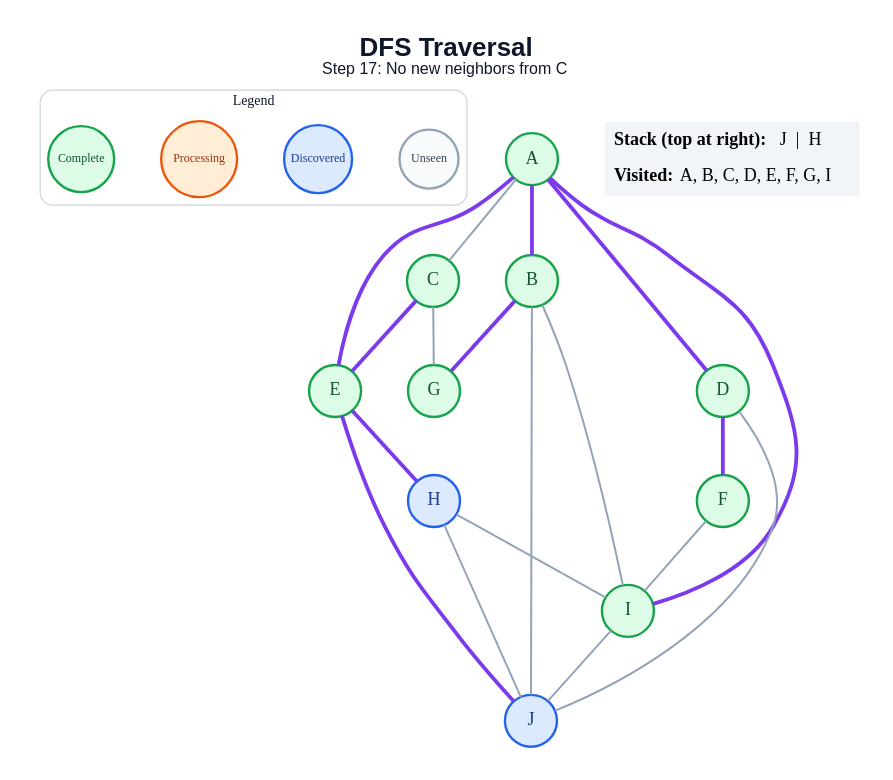
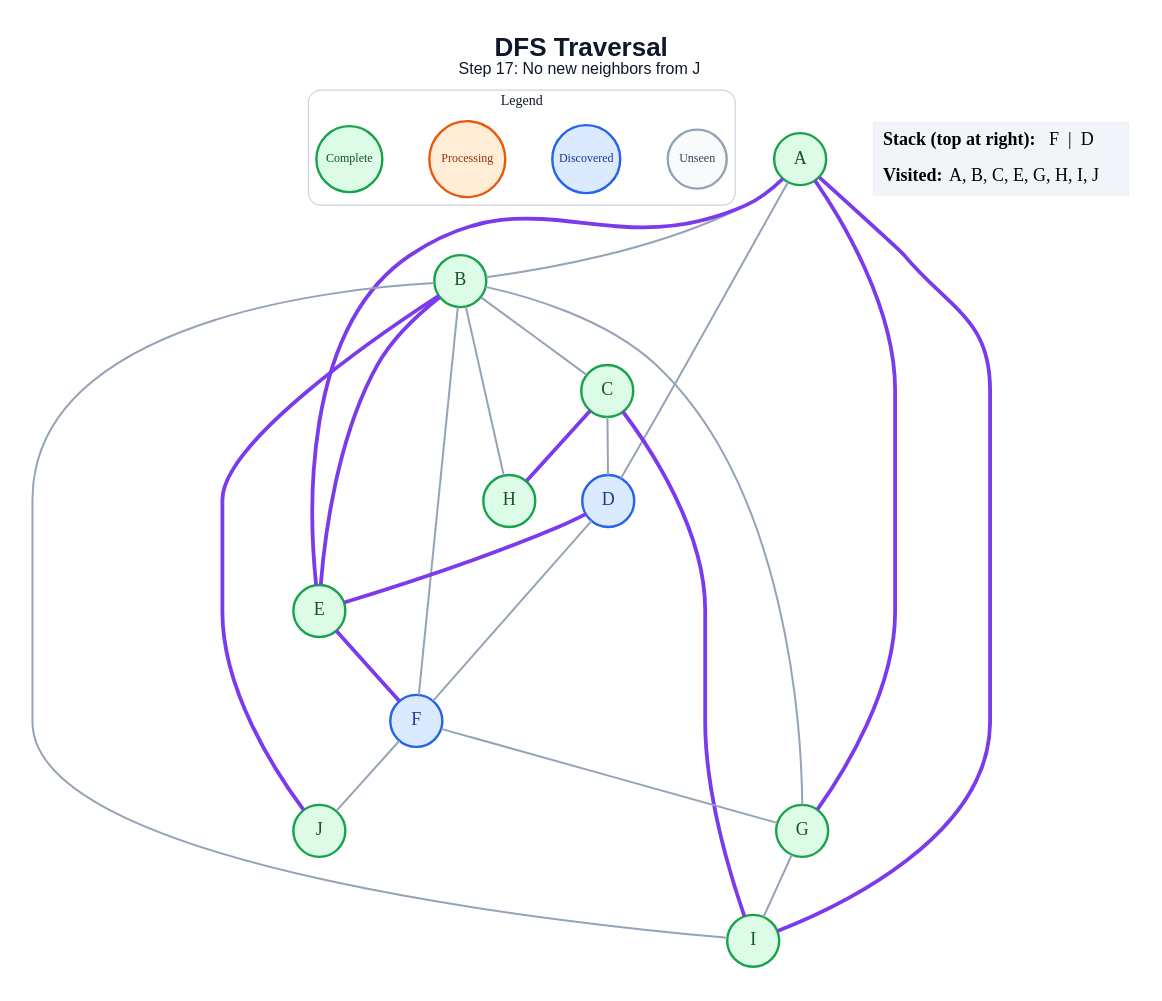
The diagram in generated/specific-node/dfs/step_17.dot (amanghodawala9/ai-slop), drawn with Graphviz before and after one commit. The commit also changed 178 other files, not shown here.

```diff
--- a/generated/specific-node/dfs/step_17.dot
+++ b/generated/specific-node/dfs/step_17.dot
@@ -1,47 +1,50 @@
 graph traversal {
   graph [layout=dot, rankdir=TB, bgcolor="#FFFFFF", pad="0.35", nodesep="0.65", ranksep="0.8", fontname="Arial"];
   node [shape=circle, style="filled", fontname="Arial Bold", fontsize=18, width=0.72, fixedsize=true, penwidth=2.4];
   edge [color="#94A3B8", penwidth=2.0];
-  label=<<B>DFS Traversal</B><BR/><FONT POINT-SIZE="16">Step 17: No new neighbors from C</FONT>>; labelloc="t"; fontsize=26; fontname="Arial"; fontcolor="#0F172A";
+  label=<<B>DFS Traversal</B><BR/><FONT POINT-SIZE="16">Step 17: No new neighbors from J</FONT>>; labelloc="t"; fontsize=26; fontname="Arial"; fontcolor="#0F172A";
   subgraph cluster_legend { label="Legend"; color="#CBD5E1"; penwidth=1.2; style="rounded"; fontsize=14; fontname="Arial Bold";
     key_unseen [label="Unseen", fillcolor="#F8FAFC", color="#94A3B8", fontcolor="#334155", fontsize=12, width=0.82];
     key_frontier [label="Discovered", fillcolor="#DBEAFE", color="#2563EB", fontcolor="#1E3A8A", fontsize=12, width=0.95];
     key_current [label="Processing", fillcolor="#FFEDD5", color="#EA580C", fontcolor="#9A3412", fontsize=12, width=1.05];
     key_done [label="Complete", fillcolor="#DCFCE7", color="#16A34A", fontcolor="#14532D", fontsize=12, width=0.92];
     { rank=same; key_unseen; key_frontier; key_current; key_done; }
   }
   A [fillcolor="#DCFCE7", color="#16A34A", fontcolor="#14532D"];
   B [fillcolor="#DCFCE7", color="#16A34A", fontcolor="#14532D"];
   C [fillcolor="#DCFCE7", color="#16A34A", fontcolor="#14532D"];
-  D [fillcolor="#DCFCE7", color="#16A34A", fontcolor="#14532D"];
+  D [fillcolor="#DBEAFE", color="#2563EB", fontcolor="#1E3A8A"];
   E [fillcolor="#DCFCE7", color="#16A34A", fontcolor="#14532D"];
-  F [fillcolor="#DCFCE7", color="#16A34A", fontcolor="#14532D"];
+  F [fillcolor="#DBEAFE", color="#2563EB", fontcolor="#1E3A8A"];
   G [fillcolor="#DCFCE7", color="#16A34A", fontcolor="#14532D"];
-  H [fillcolor="#DBEAFE", color="#2563EB", fontcolor="#1E3A8A"];
+  H [fillcolor="#DCFCE7", color="#16A34A", fontcolor="#14532D"];
   I [fillcolor="#DCFCE7", color="#16A34A", fontcolor="#14532D"];
-  J [fillcolor="#DBEAFE", color="#2563EB", fontcolor="#1E3A8A"];
-  A -- B [color="#7C3AED", penwidth=3.8];
-  A -- C;
-  A -- D [color="#7C3AED", penwidth=3.8];
+  J [fillcolor="#DCFCE7", color="#16A34A", fontcolor="#14532D"];
+  A -- B;
+  A -- D;
   A -- E [color="#7C3AED", penwidth=3.8];
+  A -- G [color="#7C3AED", penwidth=3.8];
   A -- I [color="#7C3AED", penwidth=3.8];
-  B -- G [color="#7C3AED", penwidth=3.8];
+  B -- C;
+  B -- E [color="#7C3AED", penwidth=3.8];
+  B -- F;
+  B -- G;
+  B -- H;
   B -- I;
-  B -- J;
-  C -- E [color="#7C3AED", penwidth=3.8];
-  C -- G;
-  D -- F [color="#7C3AED", penwidth=3.8];
-  D -- J;
-  E -- H [color="#7C3AED", penwidth=3.8];
-  E -- J [color="#7C3AED", penwidth=3.8];
-  F -- I;
-  H -- I;
-  H -- J;
-  I -- J;
+  B -- J [color="#7C3AED", penwidth=3.8];
+  C -- D;
+  C -- H [color="#7C3AED", penwidth=3.8];
+  C -- I [color="#7C3AED", penwidth=3.8];
+  D -- E [color="#7C3AED", penwidth=3.8];
+  D -- F;
+  E -- F [color="#7C3AED", penwidth=3.8];
+  F -- G;
+  F -- J;
+  G -- I;
   status [shape=plain, fixedsize=false, width=0, height=0, margin=0, label=<
     <TABLE BORDER="0" CELLBORDER="0" CELLPADDING="7" BGCOLOR="#F1F5F9">
-      <TR><TD ALIGN="LEFT"><B>Stack (top at right):</B> J  |  H</TD></TR>
-      <TR><TD ALIGN="LEFT"><B>Visited:</B> A, B, C, D, E, F, G, I</TD></TR>
+      <TR><TD ALIGN="LEFT"><B>Stack (top at right):</B> F  |  D</TD></TR>
+      <TR><TD ALIGN="LEFT"><B>Visited:</B> A, B, C, E, G, H, I, J</TD></TR>
     </TABLE>
   >];
 }
```
